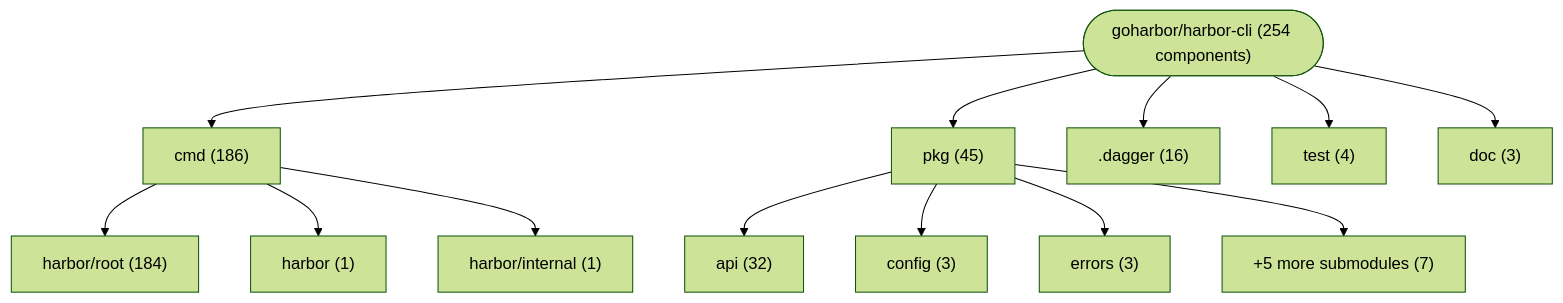
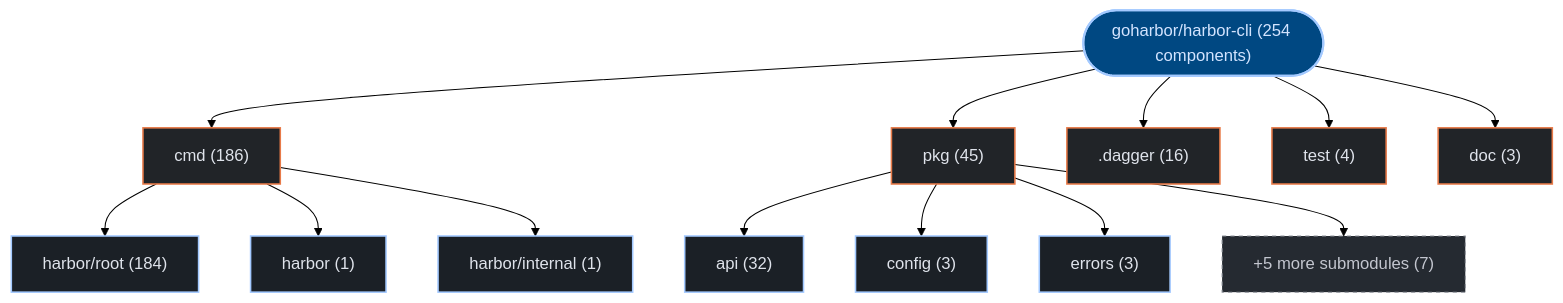
One commit to kumarshaz/atruss-code-atlas changed the first of 3 diagrams in exports/latest/reports/goharbor-harbor-cli-report.md. Above: the diagram before and after it, drawn with Mermaid (forest theme). The commit also changed other lines of this file and 331 other files, not shown here.

Commit message:
docs,ui,fix: update SDLC docs, reorder CI/CD DAG first, stylize Mermaid, and fix Arc42 pipeline topology

````diff
--- a/exports/latest/reports/goharbor-harbor-cli-report.md
+++ b/exports/latest/reports/goharbor-harbor-cli-report.md
@@ -42,28 +42,35 @@
 ```mermaid
 graph TD;
-    repo_root(["goharbor/harbor-cli (254 components)"])
-    dir_0_cmd["cmd (186)"]
+  classDef atlasRoot fill:#004882,stroke:#a3c9ff,stroke-width:2px,color:#d3e4ff
+  classDef atlasCategory fill:#212428,stroke:#E87A48,stroke-width:1.5px,color:#dfe3eb
+  classDef atlasWorkflow fill:#1b2026,stroke:#a3c9ff,stroke-width:1.5px,color:#dfe3eb
+  classDef atlasJob fill:#171c22,stroke:#8d9199,stroke-width:1px,color:#dfe3eb
+  classDef atlasTarget fill:#005227,stroke:#8bd99b,stroke-width:1.5px,color:#a7f6b6
+  classDef atlasAlert fill:#93000a,stroke:#ffb4ab,stroke-width:1.5px,color:#ffdad6
+  classDef atlasMore fill:#252a31,stroke:#8d9199,stroke-dasharray:4 4,color:#c3c6cf
+    repo_root(["goharbor/harbor-cli (254 components)"]):::atlasRoot
+    dir_0_cmd["cmd (186)"]:::atlasCategory
     repo_root --> dir_0_cmd
-    sub_0_0_harbor_root["harbor/root (184)"]
+    sub_0_0_harbor_root["harbor/root (184)"]:::atlasWorkflow
     dir_0_cmd --> sub_0_0_harbor_root
-    sub_0_1_harbor["harbor (1)"]
+    sub_0_1_harbor["harbor (1)"]:::atlasWorkflow
     dir_0_cmd --> sub_0_1_harbor
-    sub_0_2_harbor_internal["harbor/internal (1)"]
+    sub_0_2_harbor_internal["harbor/internal (1)"]:::atlasWorkflow
     dir_0_cmd --> sub_0_2_harbor_internal
-    dir_1_pkg["pkg (45)"]
+    dir_1_pkg["pkg (45)"]:::atlasCategory
     repo_root --> dir_1_pkg
-    sub_1_0_api["api (32)"]
+    sub_1_0_api["api (32)"]:::atlasWorkflow
     dir_1_pkg --> sub_1_0_api
-    sub_1_1_config["config (3)"]
+    sub_1_1_config["config (3)"]:::atlasWorkflow
     dir_1_pkg --> sub_1_1_config
-    sub_1_2_errors["errors (3)"]
+    sub_1_2_errors["errors (3)"]:::atlasWorkflow
     dir_1_pkg --> sub_1_2_errors
-    sub_1_more["+5 more submodules (7)"]
+    sub_1_more["+5 more submodules (7)"]:::atlasMore
     dir_1_pkg --> sub_1_more
-    dir_2__dagger[".dagger (16)"]
+    dir_2__dagger[".dagger (16)"]:::atlasCategory
     repo_root --> dir_2__dagger
-    dir_3_test["test (4)"]
+    dir_3_test["test (4)"]:::atlasCategory
     repo_root --> dir_3_test
-    dir_4_doc["doc (3)"]
+    dir_4_doc["doc (3)"]:::atlasCategory
     repo_root --> dir_4_doc
 ```
````
